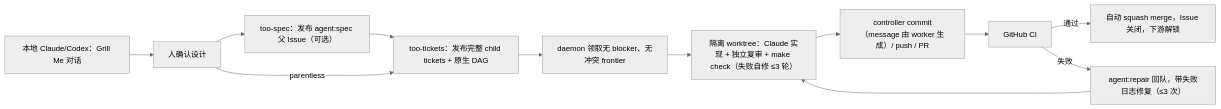
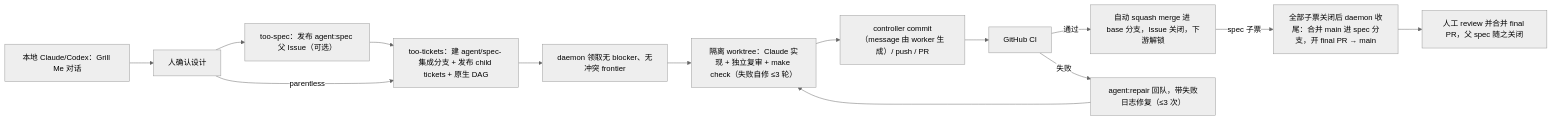
The diagram in docs/agents/agent-loop.md (LkxPro/insuredesk), drawn with Mermaid (neutral theme) before and after one commit. The commit also changed other lines of this file and 8 other files, not shown here.

First line of the commit message:
feat: spec 子票合入 agent/spec-<n> 集成分支,收尾开人工 review 的 final PR

````diff
--- a/docs/agents/agent-loop.md
+++ b/docs/agents/agent-loop.md
@@ -22,14 +22,16 @@
 ```mermaid
 flowchart LR
   G["本地 Claude/Codex：Grill Me 对话"] --> C["人确认设计"]
   C --> S["too-spec：发布 agent:spec 父 Issue（可选）"]
-  S --> T["too-tickets：发布完整 child tickets + 原生 DAG"]
+  S --> T["too-tickets：建 agent/spec-<n> 集成分支 + 发布 child tickets + 原生 DAG"]
   C -->|parentless| T
   T --> F["daemon 领取无 blocker、无冲突 frontier"]
   F --> W["隔离 worktree：Claude 实现 + 独立复审 + make check（失败自修 ≤3 轮）"]
   W --> P["controller commit（message 由 worker 生成）/ push / PR"]
   P --> CI["GitHub CI"]
-  CI -->|通过| M["自动 squash merge，Issue 关闭，下游解锁"]
+  CI -->|通过| M["自动 squash merge 进 base 分支，Issue 关闭，下游解锁"]
   CI -->|失败| R["agent:repair 回队，带失败日志修复（≤3 次）"]
   R --> W
+  M -->|spec 子票| SP["全部子票关闭后 daemon 收尾：合并 main 进 spec 分支，开 final PR → main"]
+  SP --> H["人工 review 并合并 final PR，父 spec 随之关闭"]
 ```
````
